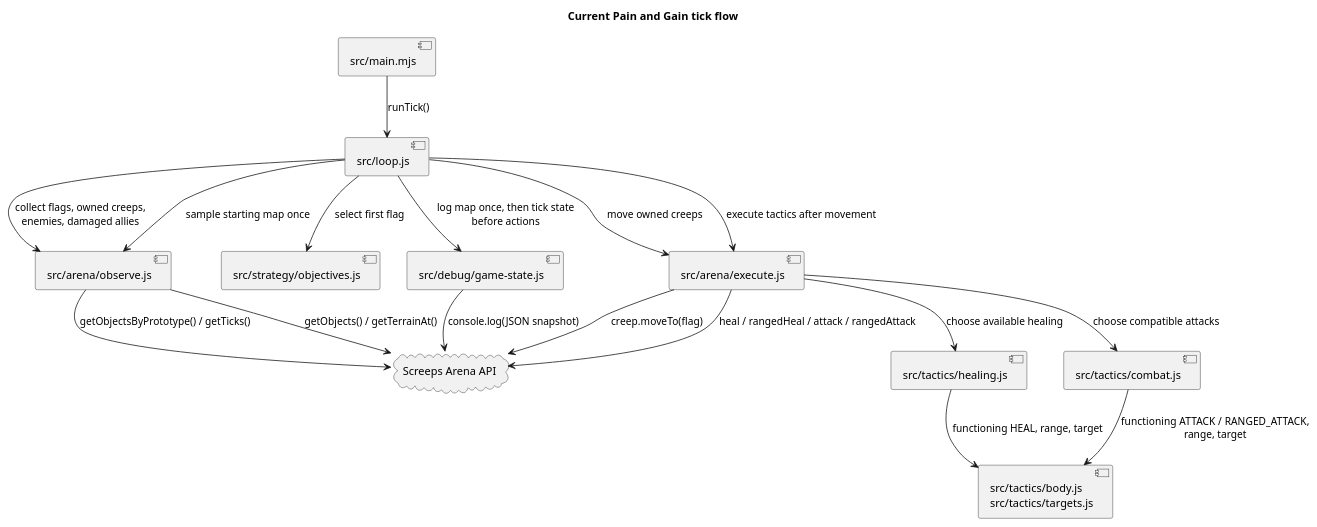
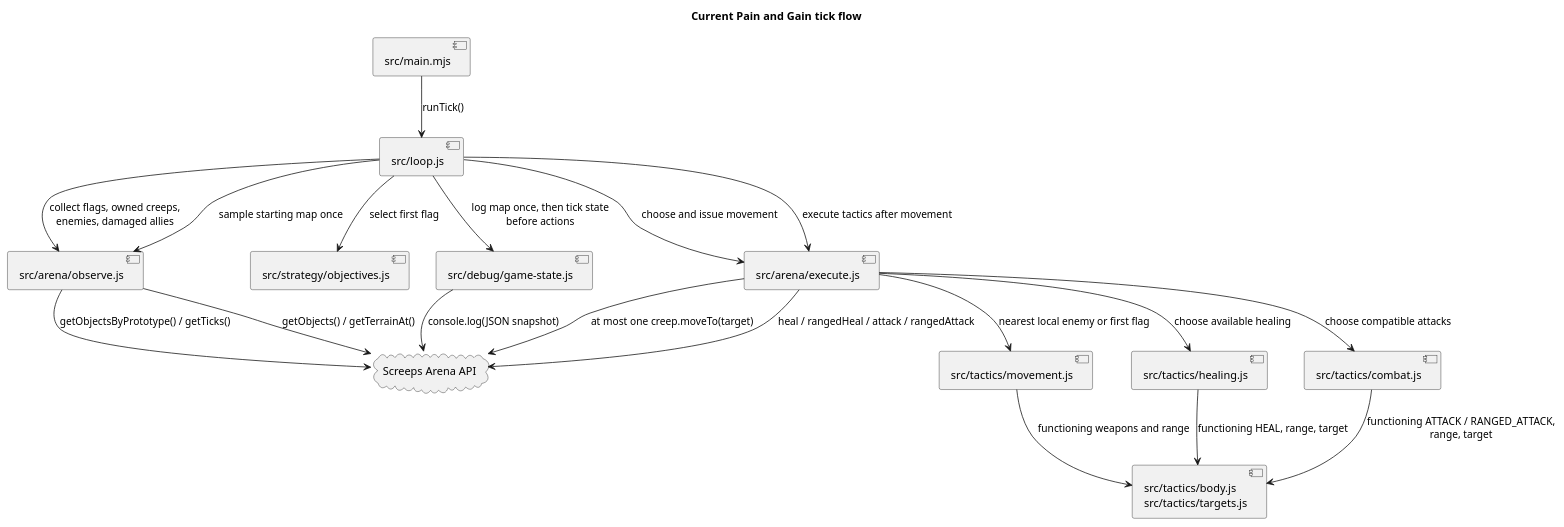
The diagram in docs/diagrams/tick-flow.puml (zolcsika71/pain_and_gain), drawn with PlantUML before and after one commit. The commit also changed 9 other files, not shown here.

```diff
--- a/docs/diagrams/tick-flow.puml
+++ b/docs/diagrams/tick-flow.puml
@@ -1,32 +1,35 @@
 @startuml
 title Current Pain and Gain tick flow
 
 component "src/main.mjs" as Main
 component "src/loop.js" as Loop
 component "src/arena/observe.js" as Observe
 component "src/strategy/objectives.js" as Objectives
 component "src/debug/game-state.js" as Debug
 component "src/arena/execute.js" as Execute
+component "src/tactics/movement.js" as Movement
 component "src/tactics/healing.js" as Healing
 component "src/tactics/combat.js" as Combat
 component "src/tactics/body.js\nsrc/tactics/targets.js" as Eligibility
 cloud "Screeps Arena API" as API
 
 Main --> Loop : runTick()
 Loop --> Observe : collect flags, owned creeps,\nenemies, damaged allies
 Observe --> API : getObjectsByPrototype() / getTicks()
 Loop --> Objectives : select first flag
 Loop --> Observe : sample starting map once
 Observe --> API : getObjects() / getTerrainAt()
 Loop --> Debug : log map once, then tick state\nbefore actions
 Debug --> API : console.log(JSON snapshot)
-Loop --> Execute : move owned creeps
-Execute --> API : creep.moveTo(flag)
+Loop --> Execute : choose and issue movement
+Execute --> Movement : nearest local enemy or first flag
+Movement --> Eligibility : functioning weapons and range
+Execute --> API : at most one creep.moveTo(target)
 Loop --> Execute : execute tactics after movement
 Execute --> Healing : choose available healing
 Execute --> Combat : choose compatible attacks
 Healing --> Eligibility : functioning HEAL, range, target
 Combat --> Eligibility : functioning ATTACK / RANGED_ATTACK,\nrange, target
 Execute --> API : heal / rangedHeal / attack / rangedAttack
 
 @enduml
```
